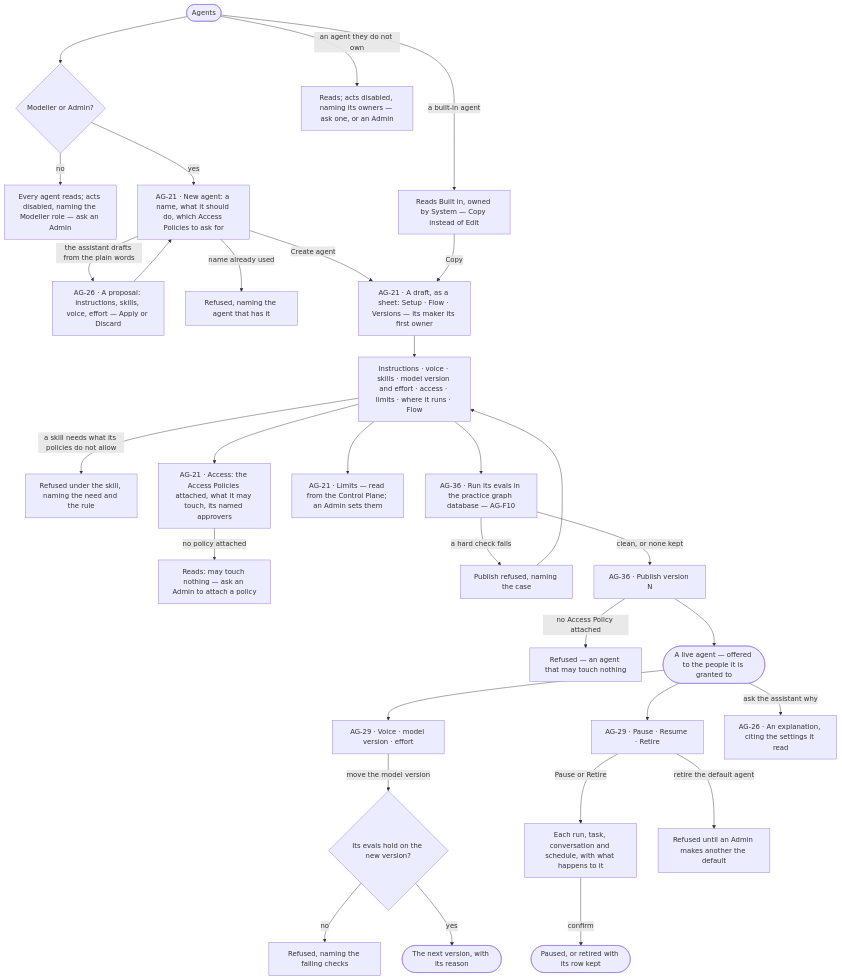
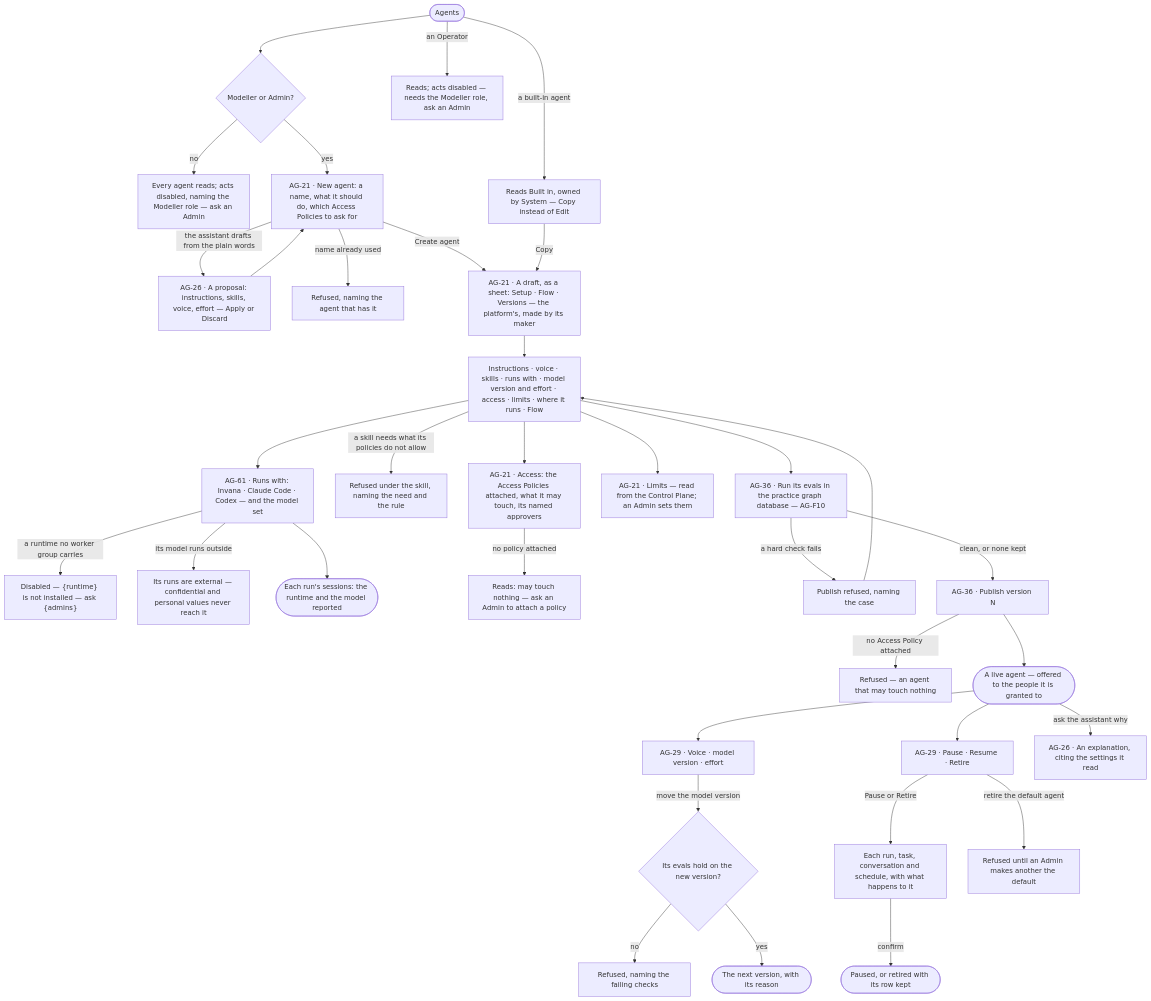
One commit to invana/invana changed the first of 2 diagrams in specs/capabilities/agents/features/AG-F01-build-an-agent/feature.md. Above: the diagram before and after it, drawn with Mermaid. The commit also changed other lines of this file and 300 other files, not shown here.

````diff
--- a/specs/capabilities/agents/features/AG-F01-build-an-agent/feature.md
+++ b/specs/capabilities/agents/features/AG-F01-build-an-agent/feature.md
@@ -26,32 +26,36 @@
 ```mermaid
 flowchart TD
   start([Agents]) --> may{"Modeller or Admin?"}
   may -->|no| ro["Every agent reads; acts disabled, naming the Modeller role — ask an Admin"]
   may -->|yes| new["AG-21 · New agent: a name, what it should do, which Access Policies to ask for"]
   new -->|the assistant drafts from the plain words| as["AG-26 · A proposal: instructions, skills, voice, effort — Apply or Discard"]
   as --> new
   new -->|name already used| nx["Refused, naming the agent that has it"]
-  new -->|Create agent| draft["AG-21 · A draft, as a sheet: Setup · Flow · Versions — its maker its first owner"]
-  start -->|an agent they do not own| no["Reads; acts disabled, naming its owners — ask one, or an Admin"]
+  new -->|Create agent| draft["AG-21 · A draft, as a sheet: Setup · Flow · Versions — the platform's, made by its maker"]
+  start -->|an Operator| no["Reads; acts disabled — needs the Modeller role, ask an Admin"]
   start -->|a built-in agent| bi["Reads Built in, owned by System — Copy instead of Edit"]
   bi -->|Copy| draft
-  draft --> setup["Instructions · voice · skills · model version and effort · access · limits · where it runs · Flow"]
+  draft --> setup["Instructions · voice · skills · runs with · model version and effort · access · limits · where it runs · Flow"]
+  setup --> rw["AG-61 · Runs with: Invana · Claude Code · Codex — and the model set"]
+  rw -->|a runtime no worker group carries| rwx["Disabled — {runtime} is not installed — ask {admins}"]
+  rw -->|its model runs outside| rwe["Its runs are external — confidential and personal values never reach it"]
+  rw --> rwr(["Each run's sessions: the runtime and the model reported"])
   setup -->|a skill needs what its policies do not allow| mark["Refused under the skill, naming the need and the rule"]
   setup --> acc["AG-21 · Access: the Access Policies attached, what it may touch, its named approvers"]
   acc -->|no policy attached| nop["Reads: may touch nothing — ask an Admin to attach a policy"]
   setup --> lim["AG-21 · Limits — read from the Control Plane; an Admin sets them"]
   setup --> test["AG-36 · Run its evals in the practice graph database — AG-F10"]
   test -->|a hard check fails| tf["Publish refused, naming the case"] --> setup
   test -->|clean, or none kept| pub["AG-36 · Publish version N"]
   pub -->|no Access Policy attached| px["Refused — an agent that may touch nothing"]
   pub --> live([A live agent — offered to the people it is granted to])
   live --> tune["AG-29 · Voice · model version · effort"]
   tune -->|move the model version| ev{Its evals hold on the new version?}
   ev -->|no| evx["Refused, naming the failing checks"]
   ev -->|yes| v2(["The next version, with its reason"])
   live --> life["AG-29 · Pause · Resume · Retire"]
   life -->|Pause or Retire| prev["Each run, task, conversation and schedule, with what happens to it"]
   prev -->|confirm| done([Paused, or retired with its row kept])
   life -->|retire the default agent| dx["Refused until an Admin makes another the default"]
   live -->|ask the assistant why| as2["AG-26 · An explanation, citing the settings it read"]
 ```
````
